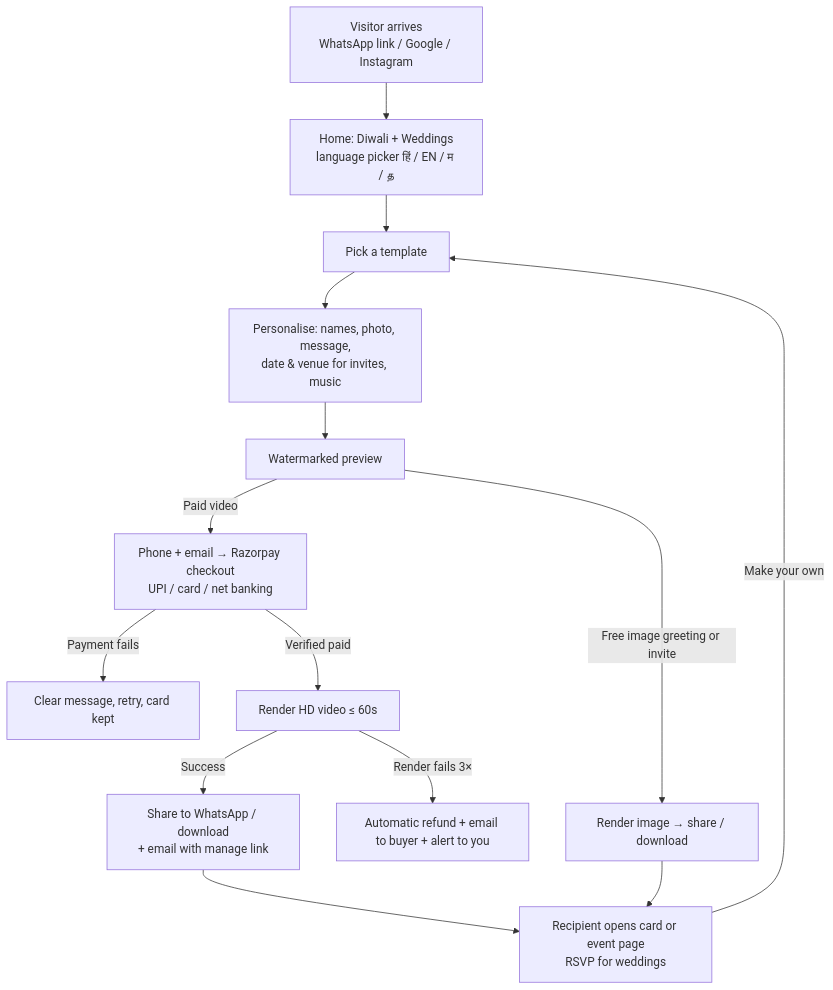
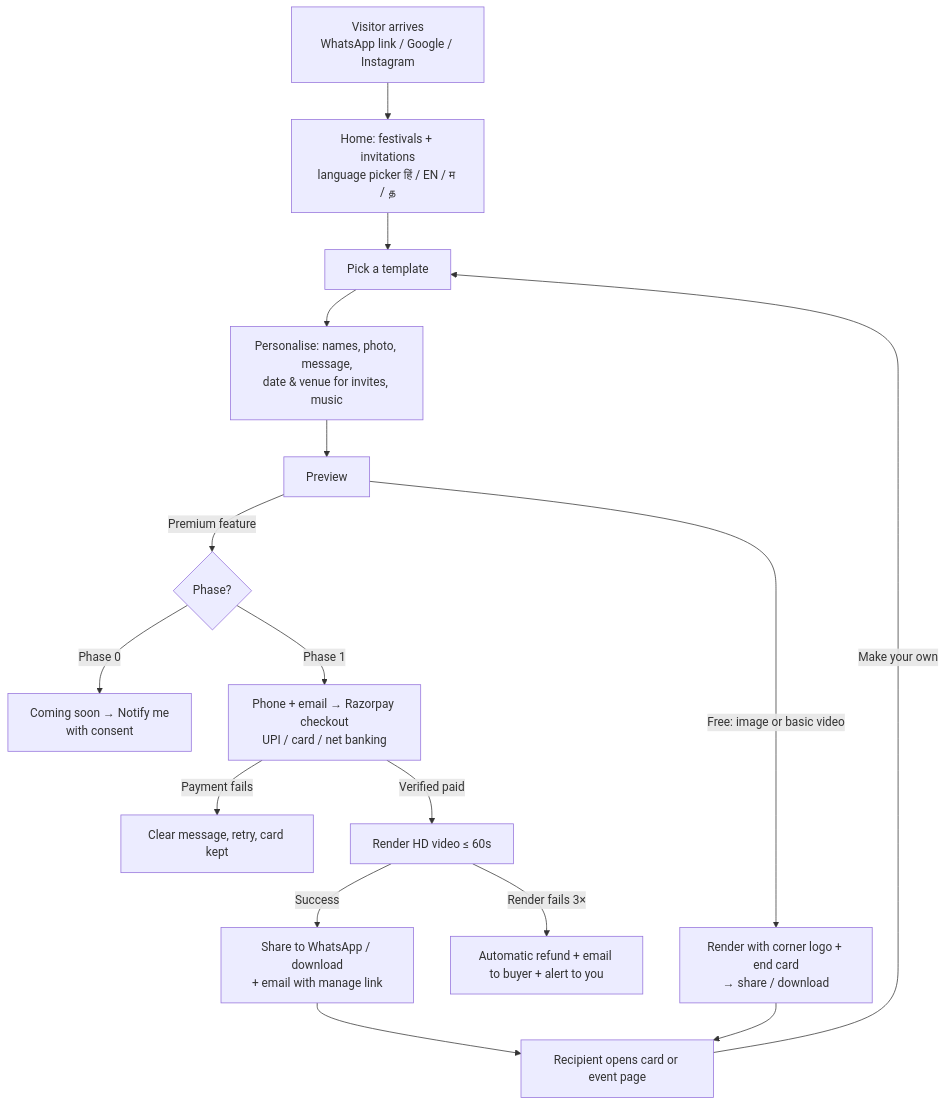
The diagram in docs/09-lean-launch-plan.md (Vikreddevil/e-cards), drawn with Mermaid before and after one commit. The commit also changed other lines of this file and 10 other files, not shown here.

First line of the commit message:
Record free-first launch, business setup and CardReel brand

````diff
--- a/docs/09-lean-launch-plan.md
+++ b/docs/09-lean-launch-plan.md
@@ -45,16 +77,18 @@
 ```mermaid
 flowchart TD
-  A[Visitor arrives<br/>WhatsApp link / Google / Instagram] --> B[Home: Diwali + Weddings<br/>language picker हिं / EN / म / த]
+  A[Visitor arrives<br/>WhatsApp link / Google / Instagram] --> B[Home: festivals + invitations<br/>language picker हिं / EN / म / த]
   B --> C[Pick a template]
   C --> D[Personalise: names, photo, message,<br/>date & venue for invites, music]
-  D --> E[Watermarked preview]
-  E -->|Free image greeting or invite| F[Render image → share / download]
-  E -->|Paid video| G[Phone + email → Razorpay checkout<br/>UPI / card / net banking]
+  D --> E[Preview]
+  E -->|Free: image or basic video| F[Render with corner logo + end card<br/>→ share / download]
+  E -->|Premium feature| P{Phase?}
+  P -->|Phase 0| N[Coming soon → Notify me<br/>with consent]
+  P -->|Phase 1| G[Phone + email → Razorpay checkout<br/>UPI / card / net banking]
   G -->|Payment fails| G2[Clear message, retry, card kept]
   G -->|Verified paid| H[Render HD video ≤ 60s]
   H -->|Render fails 3×| R[Automatic refund + email to buyer + alert to you]
   H -->|Success| I[Share to WhatsApp / download<br/>+ email with manage link]
-  I --> J[Recipient opens card or event page<br/>RSVP for weddings]
+  I --> J[Recipient opens card or event page]
   F --> J
   J -->|Make your own| C
 ```
````
